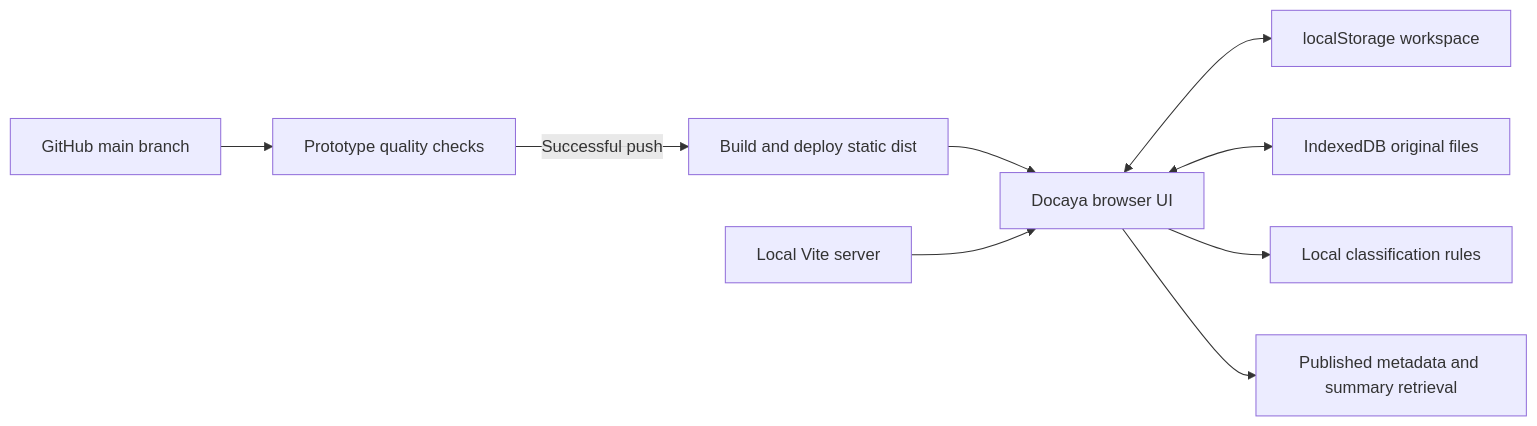
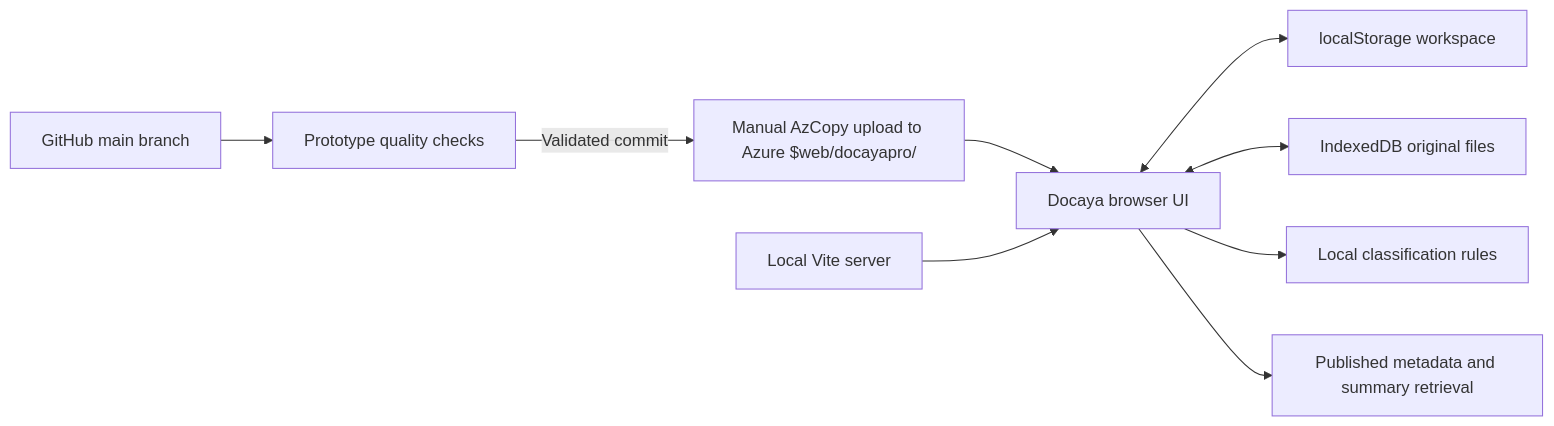
One commit to ojashwap/Docdev changed the diagram in docs/architecture.md. Above: the diagram before and after it, drawn with Mermaid. The commit also changed other lines of this file and 6 other files, not shown here.

First line of the commit message:
Move hosted demo to Azure Storage static website and update docs

````diff
--- a/docs/architecture.md
+++ b/docs/architecture.md
@@ -9,11 +9,11 @@
 ```mermaid
 flowchart LR
     Repo[GitHub main branch] --> Quality[Prototype quality checks]
-    Quality -->|Successful push| Pages[Build and deploy static dist]
-    Pages --> UI[Docaya browser UI]
+    Quality -->|Validated commit| Deploy[Manual AzCopy upload to Azure $web/docayapro/]
+    Deploy --> UI[Docaya browser UI]
     Vite[Local Vite server] --> UI
     UI <--> Workspace[localStorage workspace]
     UI <--> Files[IndexedDB original files]
     UI --> Classify[Local classification rules]
     UI --> Search[Published metadata and summary retrieval]
 ```
````
